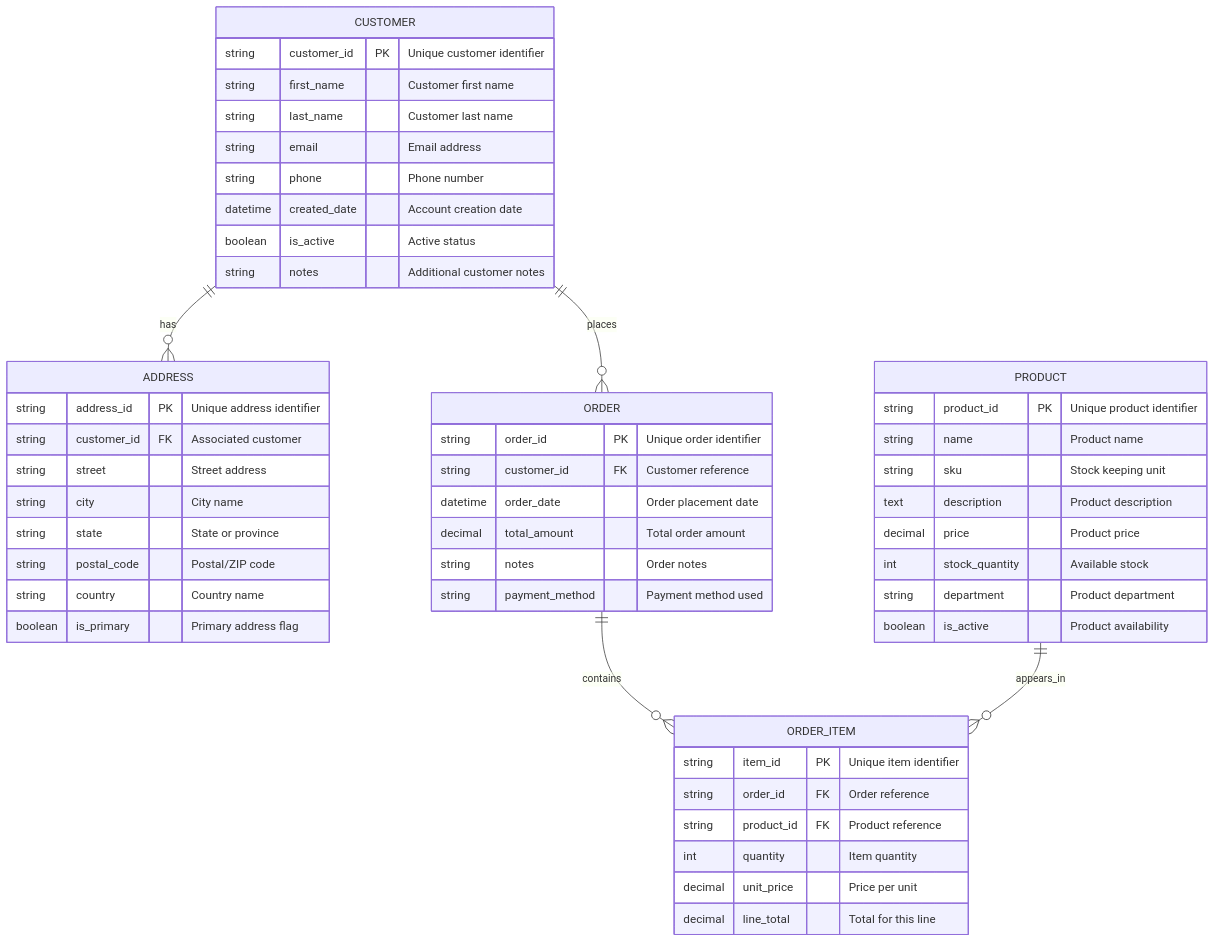
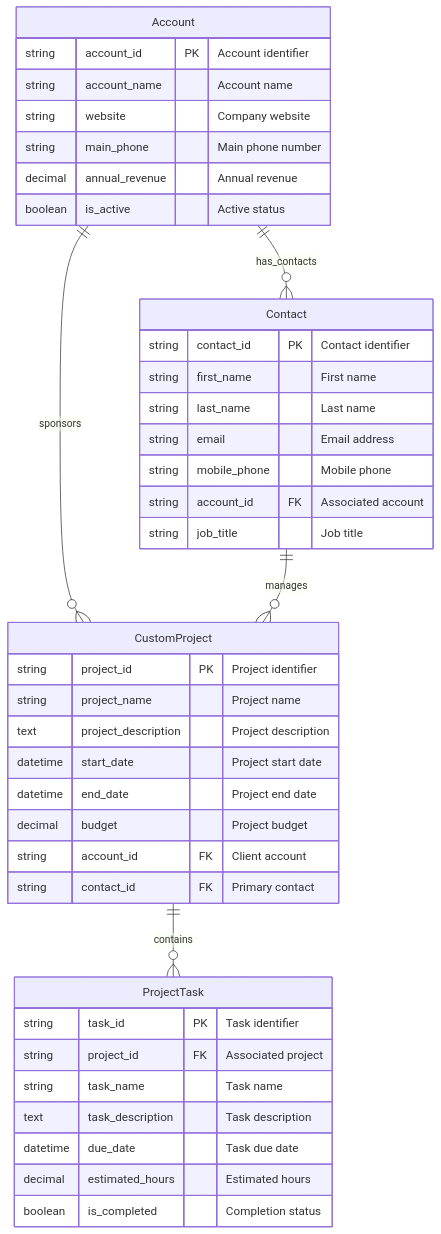
Before and after one commit to LuiseFreese/mermaid: diagram 12 of 16 in docs/MERMAID-GUIDE.md, drawn with Mermaid. The commit also changed other lines of this file and 43 other files, not shown here.

````diff
--- a/docs/MERMAID-GUIDE.md
+++ b/docs/MERMAID-GUIDE.md
@@ -55,58 +242,47 @@
 ```mermaid
 erDiagram
-    CUSTOMER {
-        string customer_id PK "Unique customer identifier"
-        string first_name "Customer first name"
-        string last_name "Customer last name"
-        string email "Email address"
-        string phone "Phone number"
-        datetime created_date "Account creation date"
+    Account {
+        string account_id PK "Account identifier"
+        string account_name "Account name"
+        string website "Company website"
+        string main_phone "Main phone number"
+        decimal annual_revenue "Annual revenue"
         boolean is_active "Active status"
-        string notes "Additional customer notes"
     }
     
-    ADDRESS {
-        string address_id PK "Unique address identifier"
-        string customer_id FK "Associated customer"
-        string street "Street address"
-        string city "City name"
-        string state "State or province"
-        string postal_code "Postal/ZIP code"
-        string country "Country name"
-        boolean is_primary "Primary address flag"
+    Contact {
+        string contact_id PK "Contact identifier"
+        string first_name "First name"
+        string last_name "Last name"
+        string email "Email address"
+        string mobile_phone "Mobile phone"
+        string account_id FK "Associated account"
+        string job_title "Job title"
     }
     
-    ORDER {
-        string order_id PK "Unique order identifier"
-        string customer_id FK "Customer reference"
-        datetime order_date "Order placement date"
-        decimal total_amount "Total order amount"
-        string notes "Order notes"
-        string payment_method "Payment method used"
+    CustomProject {
+        string project_id PK "Project identifier"
+        string project_name "Project name"
+        text project_description "Project description"
+        datetime start_date "Project start date"
+        datetime end_date "Project end date"
+        decimal budget "Project budget"
+        string account_id FK "Client account"
+        string contact_id FK "Primary contact"
     }
     
-    ORDER_ITEM {
-        string item_id PK "Unique item identifier"
-        string order_id FK "Order reference"
-        string product_id FK "Product reference"
-        int quantity "Item quantity"
-        decimal unit_price "Price per unit"
-        decimal line_total "Total for this line"
+    ProjectTask {
+        string task_id PK "Task identifier"
+        string project_id FK "Associated project"
+        string task_name "Task name"
+        text task_description "Task description"
+        datetime due_date "Task due date"
+        decimal estimated_hours "Estimated hours"
+        boolean is_completed "Completion status"
     }
     
-    PRODUCT {
-        string product_id PK "Unique product identifier"
-        string name "Product name"
-        string sku "Stock keeping unit"
-        text description "Product description"
-        decimal price "Product price"
-        int stock_quantity "Available stock"
-        string department "Product department"
-        boolean is_active "Product availability"
-    }
-    
-    CUSTOMER ||--o{ ADDRESS : "has"
-    CUSTOMER ||--o{ ORDER : "places"
-    ORDER ||--o{ ORDER_ITEM : "contains"
-    PRODUCT ||--o{ ORDER_ITEM : "appears_in"
+    Account ||--o{ Contact : "has_contacts"
+    Account ||--o{ CustomProject : "sponsors"
+    Contact ||--o{ CustomProject : "manages"
+    CustomProject ||--o{ ProjectTask : "contains"
 ```
````
